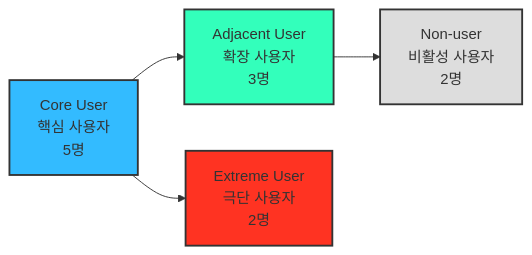
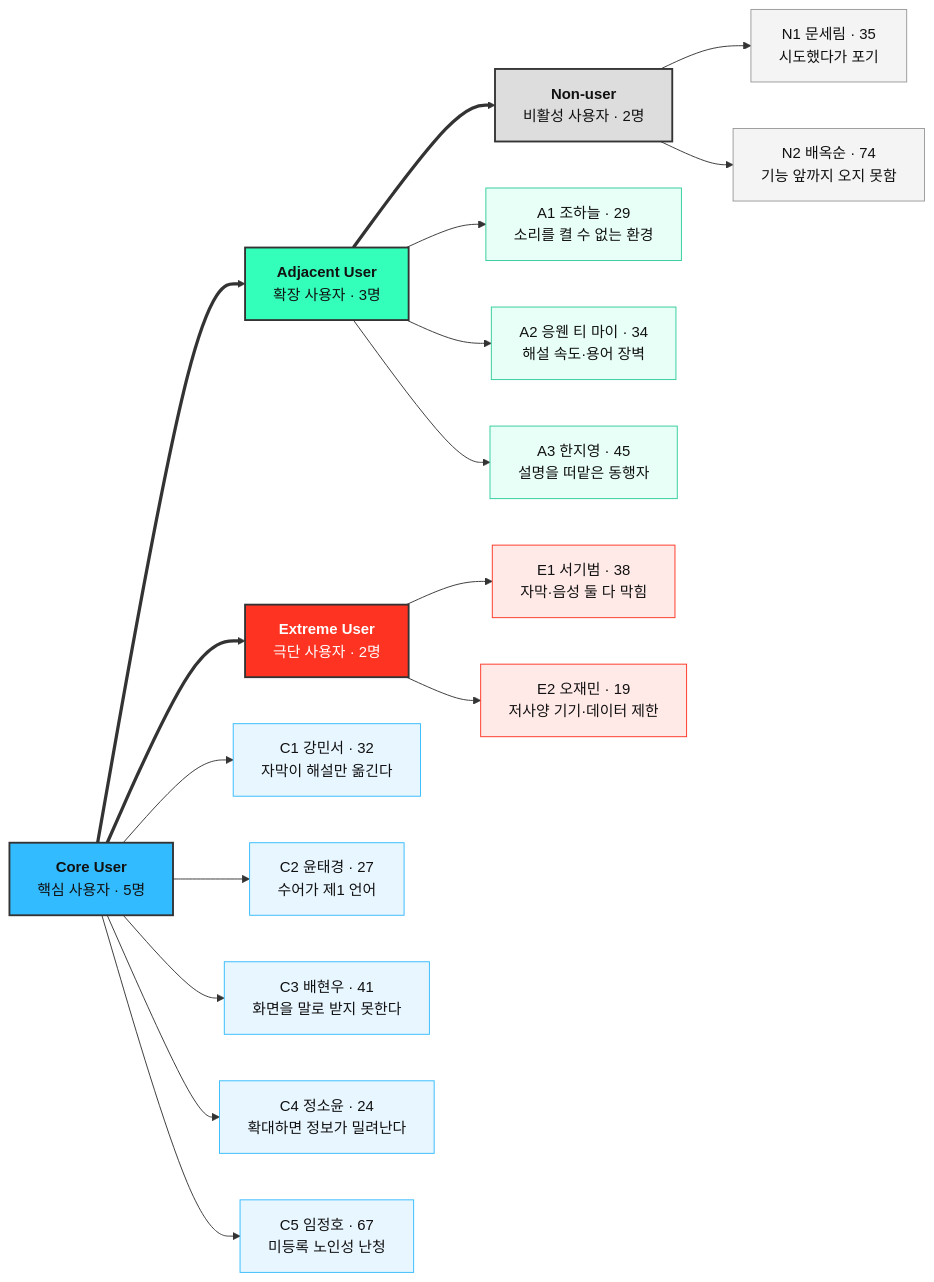
The diagram in 페르소나/페르소나02-스펙트럼-1차생성.md (ccw00325-spec/business-research-github-practice-2026), drawn with Mermaid before and after one commit.

Commit message:
Show all 12 personas by name in the spectrum diagram
The mermaid chart carried only per-type counts. Each spectrum type now
fans out to its own personas with name, age, and a one-line descriptor,
so the diagram matches the tables below it.

````diff
--- a/페르소나/페르소나02-스펙트럼-1차생성.md
+++ b/페르소나/페르소나02-스펙트럼-1차생성.md
@@ -25,10 +25,36 @@
 ```mermaid
 graph LR
-A["Core User<br/>핵심 사용자<br/>5명"] --> B["Adjacent User<br/>확장 사용자<br/>3명"]
-A --> C["Extreme User<br/>극단 사용자<br/>2명"]
-B --> D["Non-user<br/>비활성 사용자<br/>2명"]
-style A fill:#33BBFF,stroke:#333,stroke-width:2px
-style B fill:#33FFBB,stroke:#333,stroke-width:2px
-style C fill:#FF3322,stroke:#333,stroke-width:2px
-style D fill:#DDDDDD,stroke:#333,stroke-width:2px
+    CORE["<b>Core User</b><br/>핵심 사용자 · 5명"]:::core
+    ADJ["<b>Adjacent User</b><br/>확장 사용자 · 3명"]:::adj
+    EXT["<b>Extreme User</b><br/>극단 사용자 · 2명"]:::ext
+    NON["<b>Non-user</b><br/>비활성 사용자 · 2명"]:::non
+
+    CORE ==> ADJ
+    CORE ==> EXT
+    ADJ ==> NON
+
+    CORE --> PC1["C1 강민서 · 32<br/>자막이 해설만 옮긴다"]:::coreL
+    CORE --> PC2["C2 윤태경 · 27<br/>수어가 제1 언어"]:::coreL
+    CORE --> PC3["C3 배현우 · 41<br/>화면을 말로 받지 못한다"]:::coreL
+    CORE --> PC4["C4 정소윤 · 24<br/>확대하면 정보가 밀려난다"]:::coreL
+    CORE --> PC5["C5 임정호 · 67<br/>미등록 노인성 난청"]:::coreL
+
+    ADJ --> PA1["A1 조하늘 · 29<br/>소리를 켤 수 없는 환경"]:::adjL
+    ADJ --> PA2["A2 응웬 티 마이 · 34<br/>해설 속도·용어 장벽"]:::adjL
+    ADJ --> PA3["A3 한지영 · 45<br/>설명을 떠맡은 동행자"]:::adjL
+
+    EXT --> PE1["E1 서기범 · 38<br/>자막·음성 둘 다 막힘"]:::extL
+    EXT --> PE2["E2 오재민 · 19<br/>저사양 기기·데이터 제한"]:::extL
+
+    NON --> PN1["N1 문세림 · 35<br/>시도했다가 포기"]:::nonL
+    NON --> PN2["N2 배옥순 · 74<br/>기능 앞까지 오지 못함"]:::nonL
+
+    classDef core fill:#33BBFF,stroke:#333,stroke-width:2px,color:#111
+    classDef adj fill:#33FFBB,stroke:#333,stroke-width:2px,color:#111
+    classDef ext fill:#FF3322,stroke:#333,stroke-width:2px,color:#fff
+    classDef non fill:#DDDDDD,stroke:#333,stroke-width:2px,color:#111
+    classDef coreL fill:#e8f6ff,stroke:#33BBFF,color:#111
+    classDef adjL fill:#e8fff7,stroke:#2ecc9b,color:#111
+    classDef extL fill:#ffeae8,stroke:#FF3322,color:#111
+    classDef nonL fill:#f4f4f4,stroke:#999,color:#111
 ```
````
